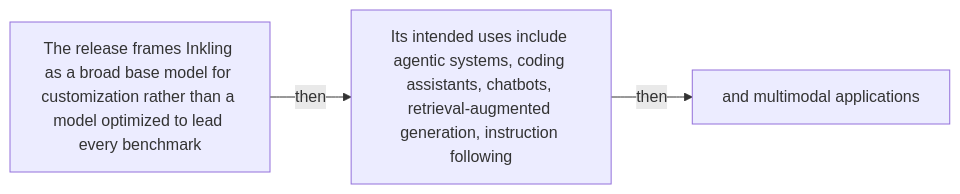
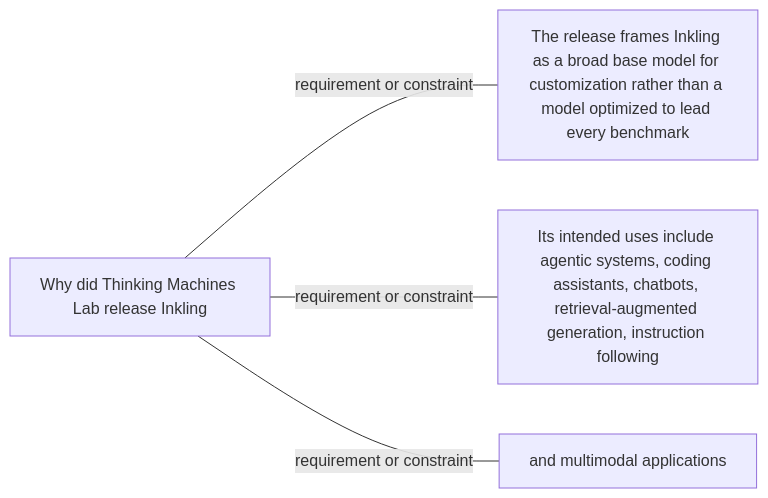
The third of 57 diagrams in docs/visual-manifests/VISUAL_MANIFEST_INKLING.md (Betancourt1/paper_atlas), drawn with Mermaid before and after one commit. The commit also changed other lines of this file and 7 other files, not shown here.

````diff
--- a/docs/visual-manifests/VISUAL_MANIFEST_INKLING.md
+++ b/docs/visual-manifests/VISUAL_MANIFEST_INKLING.md
@@ -195,8 +195,10 @@
 ```mermaid
 flowchart LR
-  n1["The release frames Inkling as a broad base model for customization rather than a model optimized to lead every benchmark"]
-  n2["Its intended uses include agentic systems, coding assistants, chatbots, retrieval-augmented generation, instruction following"]
-  n3["and multimodal applications"]
-  n1 -->|"then"| n2
-  n2 -->|"then"| n3
+  center["Why did Thinking Machines Lab release Inkling"]
+  f1["The release frames Inkling as a broad base model for customization rather than a model optimized to lead every benchmark"]
+  f2["Its intended uses include agentic systems, coding assistants, chatbots, retrieval-augmented generation, instruction following"]
+  f3["and multimodal applications"]
+  center ---|"requirement or constraint"| f1
+  center ---|"requirement or constraint"| f2
+  center ---|"requirement or constraint"| f3
 ```
````
